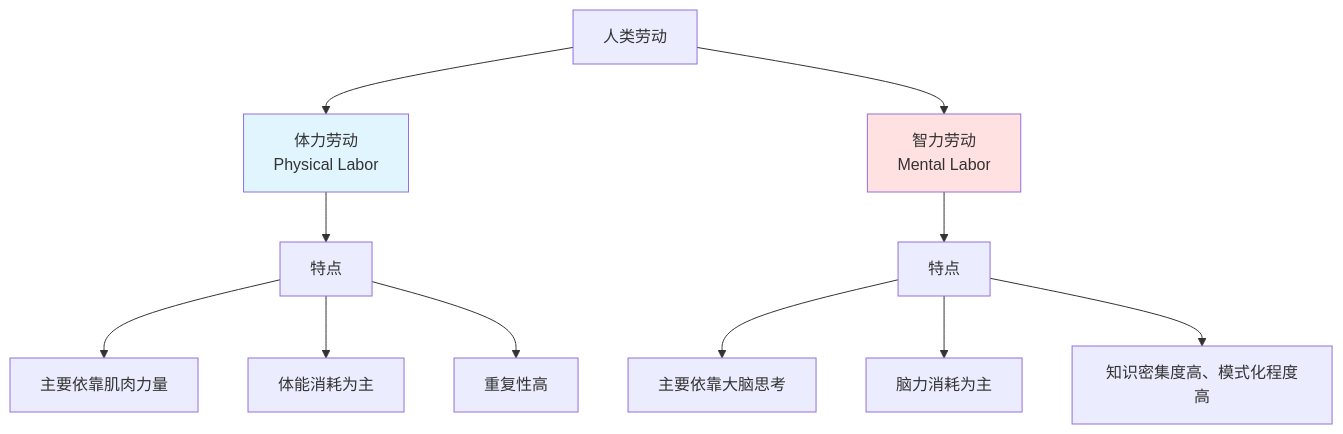
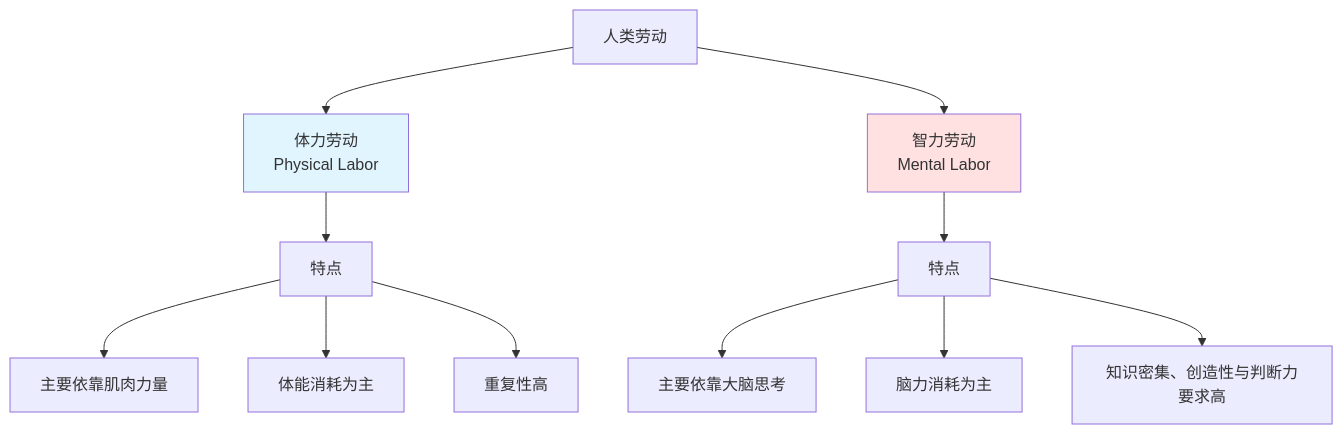
One commit to is-Aaron/is-Aaron.github.io changed the first of 2 diagrams in _posts/2026-01-22-rethinking-human-labor-value-in-llm-era.md. Above: the diagram before and after it, drawn with Mermaid. The commit also changed other lines of this file and 15 other files, not shown here.

````diff
--- a/_posts/2026-01-22-rethinking-human-labor-value-in-llm-era.md
+++ b/_posts/2026-01-22-rethinking-human-labor-value-in-llm-era.md
@@ -29,18 +29,18 @@
 ```mermaid
 graph TB
     A[人类劳动] --> B[体力劳动<br/>Physical Labor]
     A --> C[智力劳动<br/>Mental Labor]
     
     B --> B1[特点]
     B1 --> B11[主要依靠肌肉力量]
     B1 --> B12[体能消耗为主]
     B1 --> B13[重复性高]
     
     C --> C1[特点]
     C1 --> C11[主要依靠大脑思考]
     C1 --> C12[脑力消耗为主]
-    C1 --> C13[知识密集度高、模式化程度高]
+    C1 --> C13[知识密集、创造性与判断力要求高]
     
     style B fill:#e1f5ff
     style C fill:#ffe1e1
 ```
````
